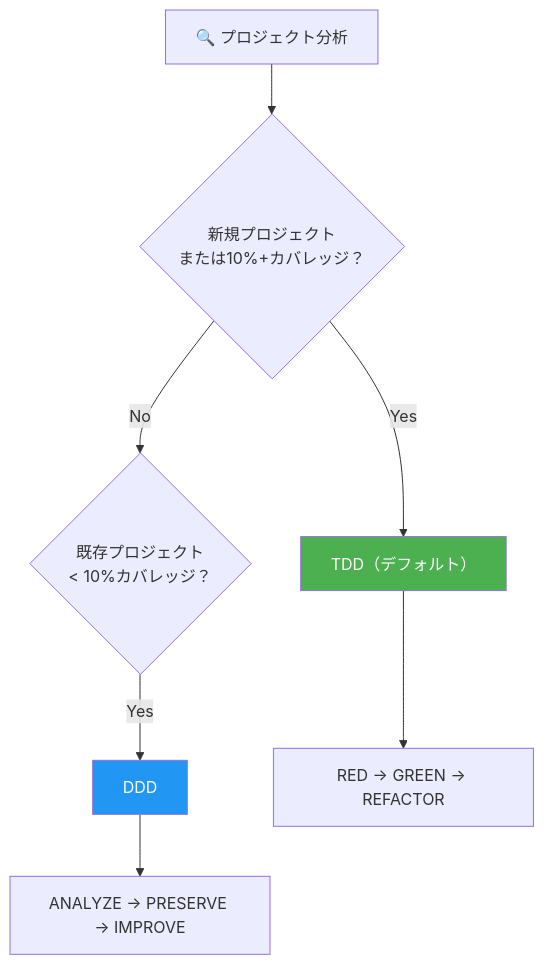
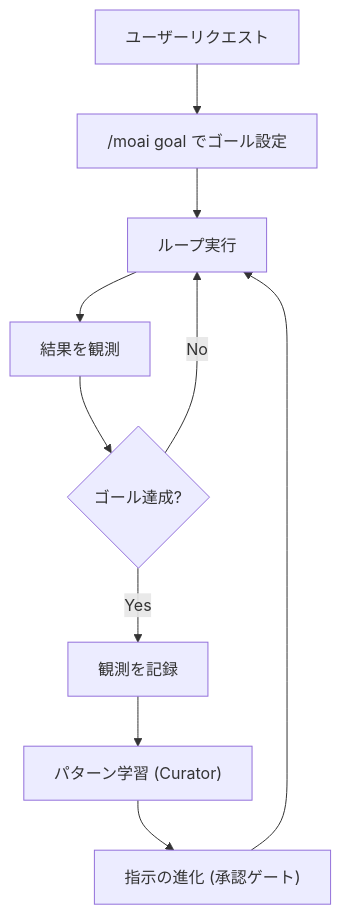
Before and after one commit to modu-ai/moai-adk: the second of 5 diagrams in README.ja.md, drawn with Mermaid. The commit also changed other lines of this file and 395 other files, not shown here.

````diff
--- a/README.ja.md
+++ b/README.ja.md
@@ -194,12 +282,12 @@
 ```mermaid
 flowchart TD
-    A["🔍 プロジェクト分析"] --> B{"新規プロジェクト<br/>または10%+カバレッジ？"}
-    B -->|"Yes"| C["TDD（デフォルト）"]
-    B -->|"No"| D{"既存プロジェクト<br/>< 10%カバレッジ？"}
-    D -->|"Yes"| E["DDD"]
-    C --> F["RED → GREEN → REFACTOR"]
-    E --> G["ANALYZE → PRESERVE → IMPROVE"]
-
-    style C fill:#4CAF50,color:#fff
-    style E fill:#2196F3,color:#fff
+    A["ユーザーリクエスト"] --> B["/moai goal でゴール設定"]
+    B --> C["ループ実行"]
+    C --> D["結果を観測"]
+    D --> E{"ゴール達成?"}
+    E -->|"No"| C
+    E -->|"Yes"| F["観測を記録"]
+    F --> G["パターン学習 (Curator)"]
+    G --> H["指示の進化 (承認ゲート)"]
+    H --> C
 ```
````
